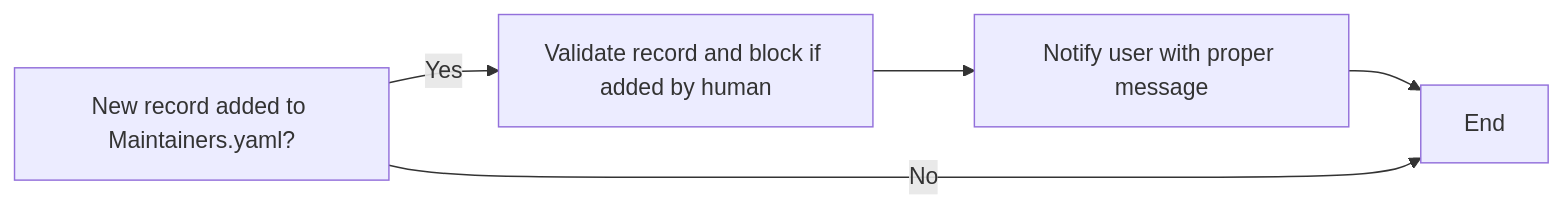
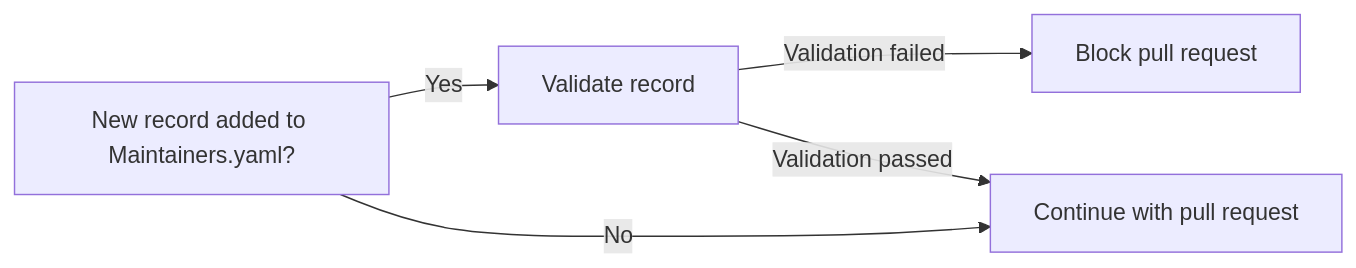
Before and after one commit to asyncapi/community: the fourth of 12 diagrams in mentorship/summerofcode/2023/workflowautomation/README.md, drawn with Mermaid.

Commit message:
changed validation workflow

````diff
--- a/mentorship/summerofcode/2023/workflowautomation/README.md
+++ b/mentorship/summerofcode/2023/workflowautomation/README.md
@@ -59,7 +59,8 @@
 ```mermaid
 graph LR;
-A[New record added to Maintainers.yaml?] --> |Yes| B[Validate record and block if added by human];
-B --> C[Notify user with proper message];
-C --> D[End];
-A --> |No| D[End];
+A[New record added to Maintainers.yaml?] --> |Yes| B[Validate record];
+B --> |Validation failed| C[Block pull request];
+B --> |Validation passed| D[Continue with pull request];
+A --> |No| D[Continue with pull request];
+
 ```
````
